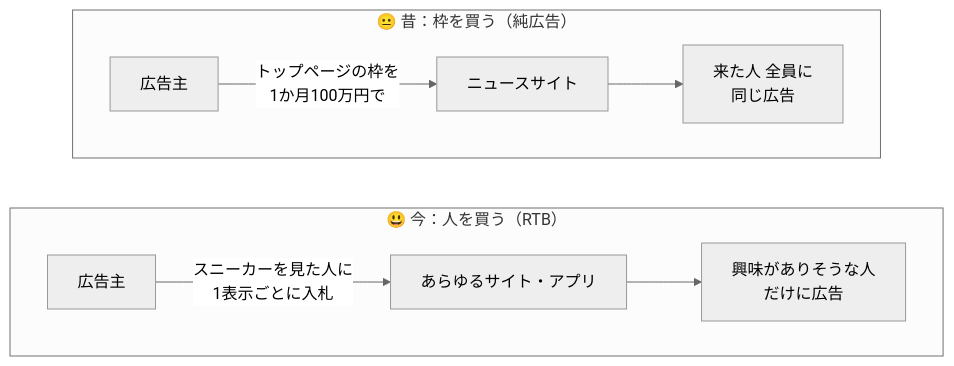
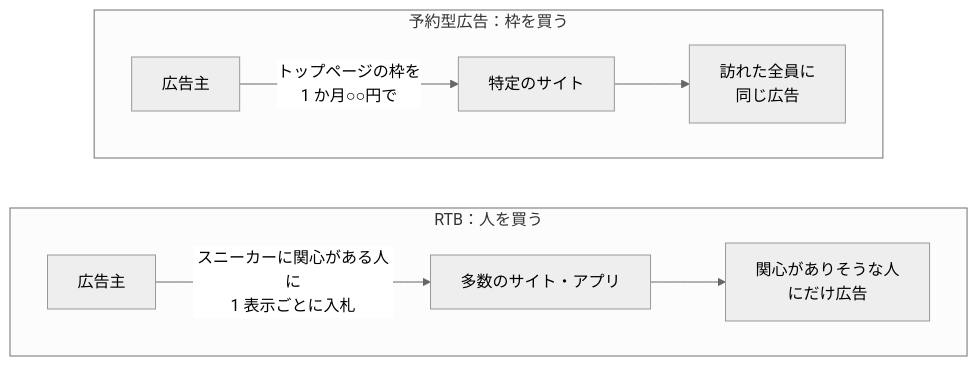
One commit to yasut0ra/rtb-study changed the first of 2 diagrams in docs/01-overview.md. Above: the diagram before and after it, drawn with Mermaid (neutral theme). The commit also changed other lines of this file and 36 other files, not shown here.

````diff
--- a/docs/01-overview.md
+++ b/docs/01-overview.md
@@ -97,14 +75,14 @@
 ```mermaid
 flowchart TB
-    subgraph 昔["😐 昔：枠を買う（純広告）"]
+    subgraph before["予約型広告：枠を買う"]
         direction LR
-        A1[広告主] -- "トップページの枠を<br/>1か月100万円で" --> B1[ニュースサイト]
-        B1 --> C1["来た人 全員に<br/>同じ広告"]
+        A1[広告主] -- "トップページの枠を<br/>1 か月○○円で" --> B1[特定のサイト]
+        B1 --> C1["訪れた全員に<br/>同じ広告"]
     end
-    subgraph 今["😃 今：人を買う（RTB）"]
+    subgraph after["RTB：人を買う"]
         direction LR
-        A2[広告主] -- "スニーカーを見た人に<br/>1表示ごとに入札" --> B2[あらゆるサイト・アプリ]
-        B2 --> C2["興味がありそうな人<br/>だけに広告"]
+        A2[広告主] -- "スニーカーに関心がある人に<br/>1 表示ごとに入札" --> B2[多数のサイト・アプリ]
+        B2 --> C2["関心がありそうな人<br/>にだけ広告"]
     end
-    昔 ~~~ 今
+    before ~~~ after
 ```
````
